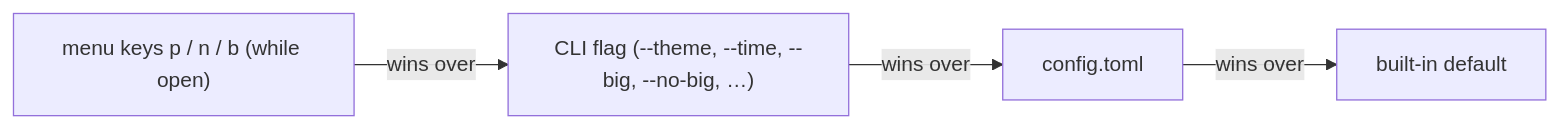
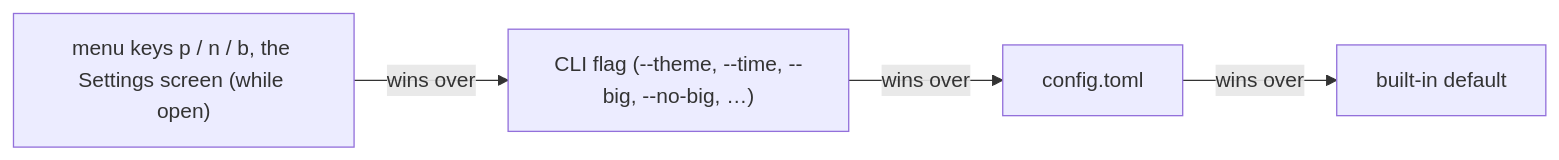
The second of 2 diagrams in docs/USAGE.md (withrvr/typerush), drawn with Mermaid before and after one commit. The commit also changed other lines of this file and 10 other files, not shown here.

First line of the commit message:
docs: v0.5.0 — usage, architecture, learnings, changelog; version 0.5.0

````diff
--- a/docs/USAGE.md
+++ b/docs/USAGE.md
@@ -382,4 +536,4 @@
 ```mermaid
 flowchart LR
-    menu["menu keys p / n / b (while open)"] -- "wins over" --> cli["CLI flag (--theme, --time, --big, --no-big, …)"] -- "wins over" --> file["config.toml"] -- "wins over" --> default["built-in default"]
+    menu["menu keys p / n / b, the Settings screen (while open)"] -- "wins over" --> cli["CLI flag (--theme, --time, --big, --no-big, …)"] -- "wins over" --> file["config.toml"] -- "wins over" --> default["built-in default"]
 ```
````
